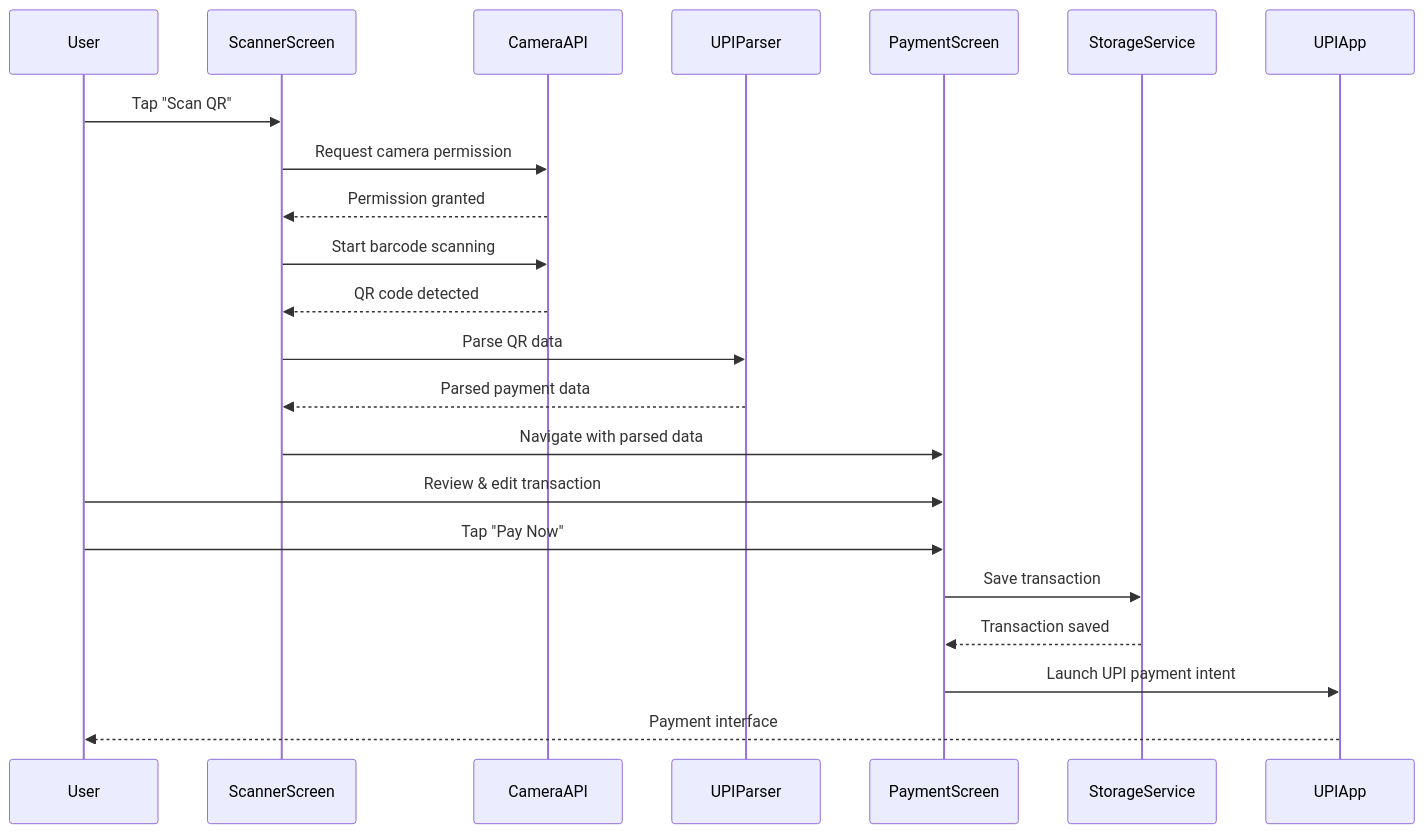
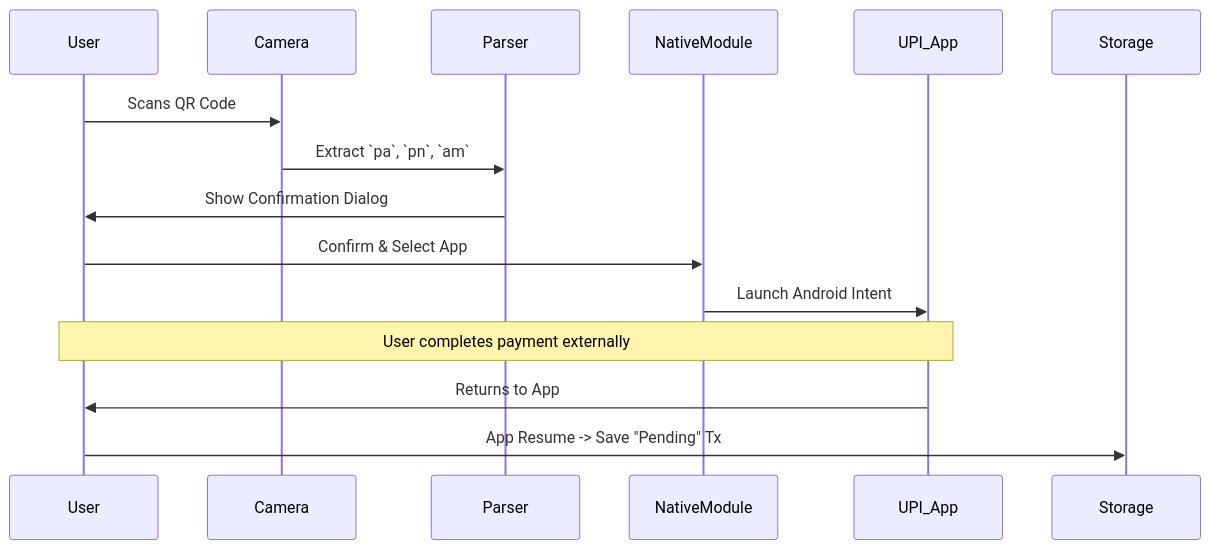
The second of 3 diagrams in docs/ARCHITECTURE.md (Ujjwaljain16/SpentSmart), drawn with Mermaid before and after one commit. The commit also changed other lines of this file, not shown here.

Commit message:
docs: update architecture to reflect Native UPI, Privacy Mode, and new branding

````diff
--- a/docs/ARCHITECTURE.md
+++ b/docs/ARCHITECTURE.md
@@ -441,29 +135,18 @@
 ```mermaid
 sequenceDiagram
     participant User
-    participant ScannerScreen
-    participant CameraAPI
-    participant UPIParser
-    participant PaymentScreen
-    participant StorageService
-    participant UPIApp
+    participant Camera
+    participant Parser
+    participant NativeModule
+    participant UPI_App
+    participant Storage
 
-    User->>ScannerScreen: Tap "Scan QR"
-    ScannerScreen->>CameraAPI: Request camera permission
-    CameraAPI-->>ScannerScreen: Permission granted
-    ScannerScreen->>CameraAPI: Start barcode scanning
-    CameraAPI-->>ScannerScreen: QR code detected
-
-    ScannerScreen->>UPIParser: Parse QR data
-    UPIParser-->>ScannerScreen: Parsed payment data
-
-    ScannerScreen->>PaymentScreen: Navigate with parsed data
-    User->>PaymentScreen: Review & edit transaction
-    User->>PaymentScreen: Tap "Pay Now"
-
-    PaymentScreen->>StorageService: Save transaction
-    StorageService-->>PaymentScreen: Transaction saved
-
-    PaymentScreen->>UPIApp: Launch UPI payment intent
-    UPIApp-->>User: Payment interface
+    User->>Camera: Scans QR Code
+    Camera->>Parser: Extract `pa`, `pn`, `am`
+    Parser->>User: Show Confirmation Dialog
+    User->>NativeModule: Confirm & Select App
+    NativeModule->>UPI_App: Launch Android Intent
+    Note over User, UPI_App: User completes payment externally
+    UPI_App->>User: Returns to App
+    User->>Storage: App Resume -> Save "Pending" Tx
 ```
````
